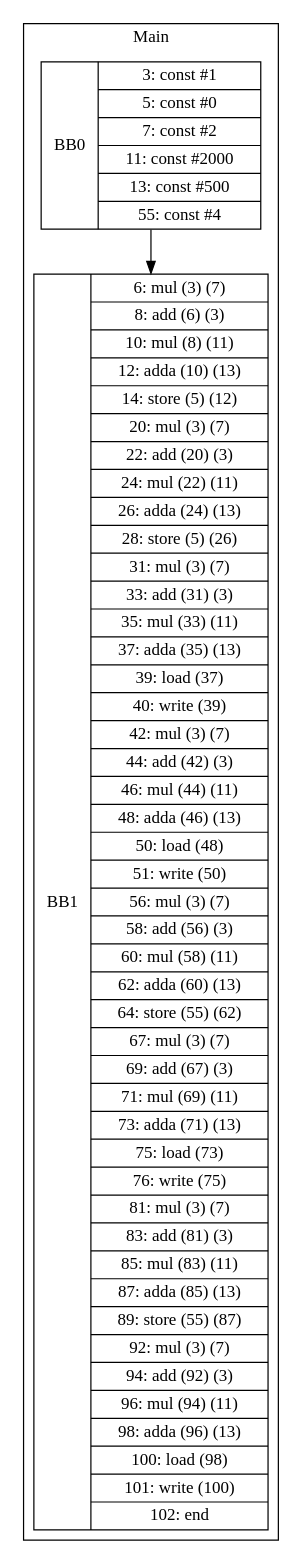
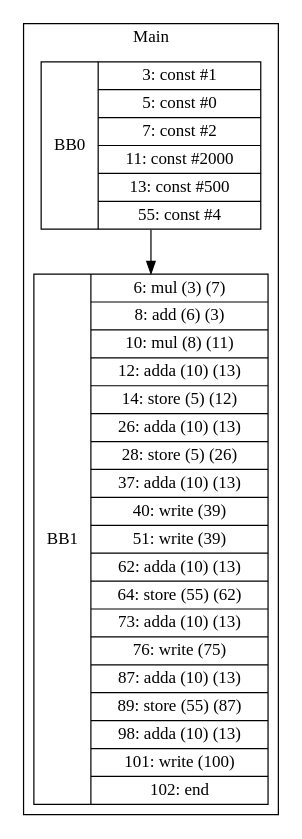
The diagram in visualization/Yunpeng/array_kill.gv (zjc664656505/UCI-CS241-Advanced-Compiler-main), drawn with Graphviz before and after one commit. The commit also changed 28 other files, not shown here.

```diff
--- a/visualization/Yunpeng/array_kill.gv
+++ b/visualization/Yunpeng/array_kill.gv
@@ -1,9 +1,9 @@
 digraph G {
 node [shape=record];
 subgraph cluster_main{
 label = "Main";
 BB0 [shape=record, label="<b>BB0|{3: const #1|5: const #0|7: const #2|11: const #2000|13: const #500|55: const #4}"];
-BB1 [shape=record, label="<b>BB1|{6: mul (3) (7)|8: add (6) (3)|10: mul (8) (11)|12: adda (10) (13)|14: store (5) (12)|20: mul (3) (7)|22: add (20) (3)|24: mul (22) (11)|26: adda (24) (13)|28: store (5) (26)|31: mul (3) (7)|33: add (31) (3)|35: mul (33) (11)|37: adda (35) (13)|39: load (37)|40: write (39)|42: mul (3) (7)|44: add (42) (3)|46: mul (44) (11)|48: adda (46) (13)|50: load (48)|51: write (50)|56: mul (3) (7)|58: add (56) (3)|60: mul (58) (11)|62: adda (60) (13)|64: store (55) (62)|67: mul (3) (7)|69: add (67) (3)|71: mul (69) (11)|73: adda (71) (13)|75: load (73)|76: write (75)|81: mul (3) (7)|83: add (81) (3)|85: mul (83) (11)|87: adda (85) (13)|89: store (55) (87)|92: mul (3) (7)|94: add (92) (3)|96: mul (94) (11)|98: adda (96) (13)|100: load (98)|101: write (100)|102: end}"];
+BB1 [shape=record, label="<b>BB1|{6: mul (3) (7)|8: add (6) (3)|10: mul (8) (11)|12: adda (10) (13)|14: store (5) (12)|26: adda (10) (13)|28: store (5) (26)|37: adda (10) (13)|40: write (39)|51: write (39)|62: adda (10) (13)|64: store (55) (62)|73: adda (10) (13)|76: write (75)|87: adda (10) (13)|89: store (55) (87)|98: adda (10) (13)|101: write (100)|102: end}"];
 }
 BB0:s -> BB1:n ;
 }
```
